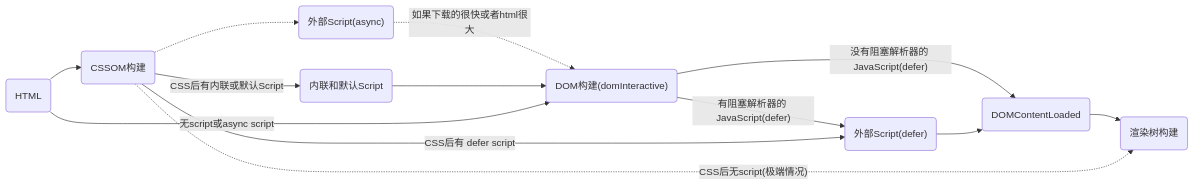
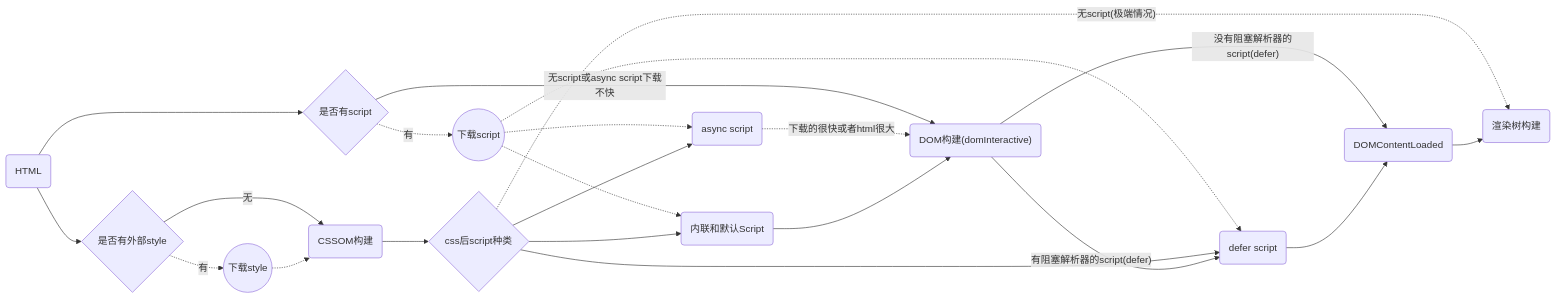
The diagram in 2015-12-21-Load.md (pbdm/posts), drawn with Mermaid before and after one commit. The commit also changed other lines of this file, not shown here.

````diff
--- a/2015-12-21-Load.md
+++ b/2015-12-21-Load.md
@@ -101,23 +103,37 @@
 ```mermaid
 graph LR
+a{是否有script}
+c{是否有外部style}
+b{css后script种类}
 B(HTML)
+J("CSSOM构建")
 C(内联和默认Script)
-E("外部Script(defer)")
-F("外部Script(async)")
+A((下载style))
+D((下载script))
+E("defer script")
+F("async script")
 G(DOMContentLoaded)
 I("DOM构建(domInteractive)")
-J("CSSOM构建")
 K(渲染树构建)
-I --"有阻塞解析器的 JavaScript(defer)"--> E
-I --"没有阻塞解析器的 JavaScript(defer)"--> G
+a -.有.-> D
+B --> c
+c -.有.-> A
+c --无--> J
+A .-> J
+B --> a
+D .-> C
+D .-> E
+D .-> F
+a --无script或async script下载不快--> I
+J --> b
+b --> F
+b --> C
+b --> E
+b -."无script(极端情况)".-> K
+I --"有阻塞解析器的script(defer)"--> E
+I --"没有阻塞解析器的script(defer)"--> G
 E --> G
-F -.如果下载的很快或者html很大.-> I
+F -.下载的很快或者html很大.-> I
 G --> K
 C --> I
-B --> J
-B --无script或async script--> I
-J .-> F
-J --CSS后有内联或默认Script--> C
-J --CSS后有 defer script--> E
-J -."CSS后无script(极端情况)".-> K
 ```
````
